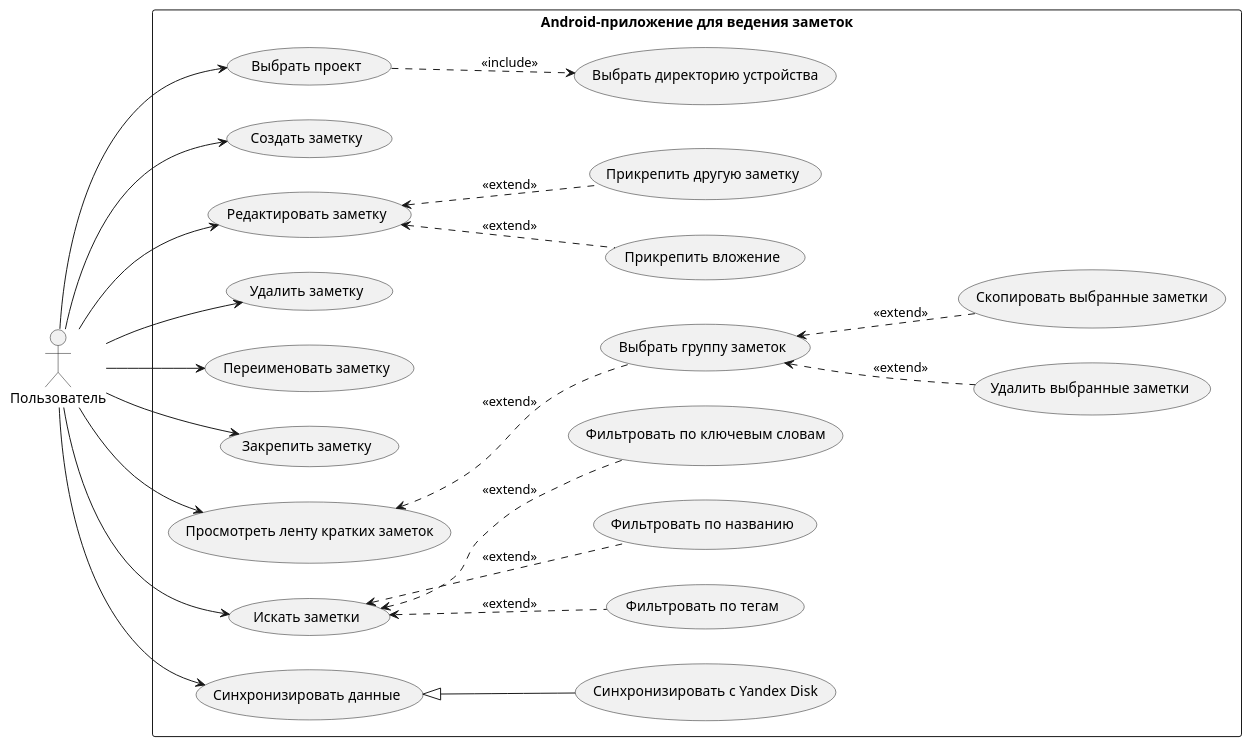
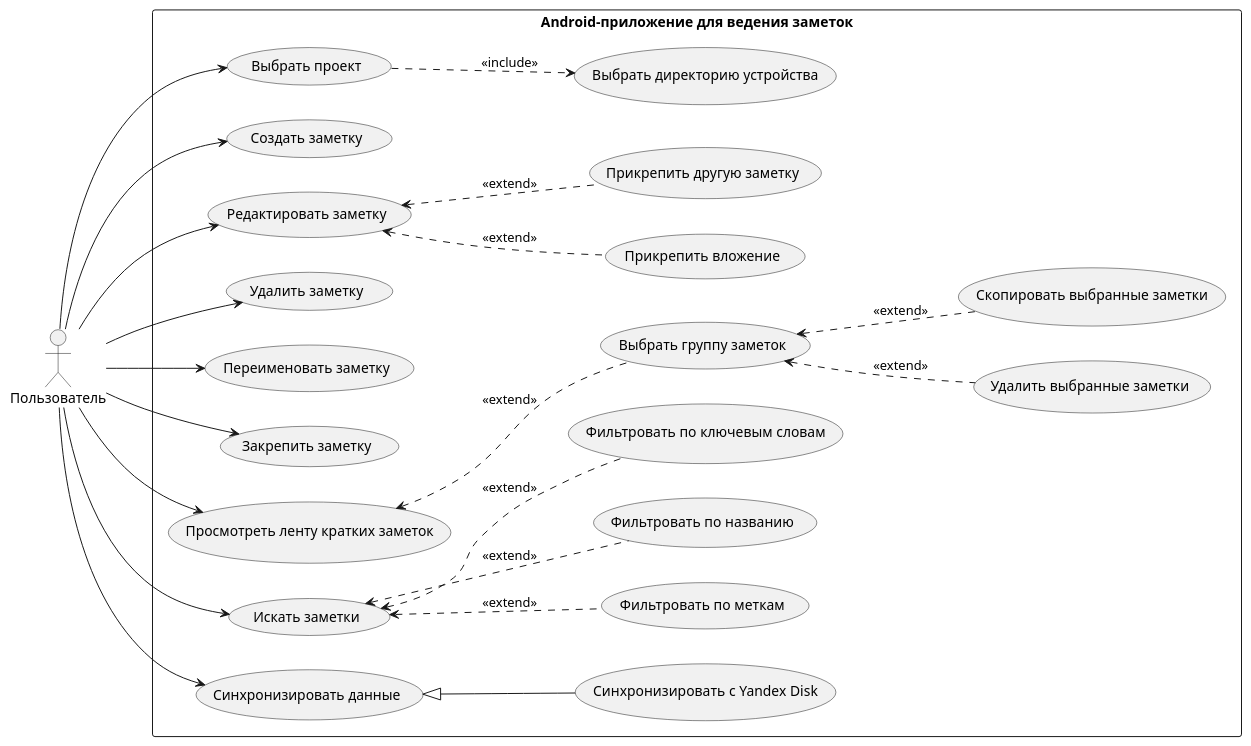
Before and after one commit to mangustc/markdown-editor: the diagram in plantuml/usecase-diagram.puml, drawn with PlantUML.

Commit message:
fix diagram name

```diff
--- a/plantuml/usecase-diagram.puml
+++ b/plantuml/usecase-diagram.puml
@@ -1,56 +1,56 @@
 @startuml
 left to right direction
 
 actor "Пользователь" as User
 
 rectangle "Android-приложение для ведения заметок" {
     (Выбрать проект) as selectProject
     (Выбрать директорию устройства) as storeProject
 
     (Создать заметку) as createNote
     (Редактировать заметку) as editNote
     (Прикрепить вложение) as editNoteAttachment
     (Прикрепить другую заметку) as editNoteAttachNote
     (Удалить заметку) as deleteNote
     (Переименовать заметку) as renameNote
     (Закрепить заметку) as pinNote
 
     (Просмотреть ленту кратких заметок) as viewQuickFeed
     (Выбрать группу заметок) as bulkSelect
     (Удалить выбранные заметки) as bulkActionDelete
     (Скопировать выбранные заметки) as bulkActionCopy
 
     (Искать заметки) as searchNotes
-    (Фильтровать по тегам) as searchTags
+    (Фильтровать по меткам) as searchTags
     (Фильтровать по названию) as searchName
     (Фильтровать по ключевым словам) as searchKeyword
 
     (Синхронизировать данные) as syncData
     (Синхронизировать с Yandex Disk) as yandexSync
 }
 
 User --> selectProject
 selectProject ..> storeProject : <<include>>
 
 User --> createNote
 User --> editNote
 User --> deleteNote
 User --> renameNote
 User --> pinNote
 
 editNote <.. editNoteAttachment : <<extend>>
 editNote <.. editNoteAttachNote : <<extend>>
 
 User --> viewQuickFeed
 viewQuickFeed <.. bulkSelect : <<extend>>
 bulkSelect <.. bulkActionDelete : <<extend>>
 bulkSelect <.. bulkActionCopy : <<extend>>
 
 User --> searchNotes
 searchNotes <.. searchTags : <<extend>>
 searchNotes <.. searchName : <<extend>>
 searchNotes <.. searchKeyword : <<extend>>
 
 User --> syncData
 syncData <|-- yandexSync
 @enduml
```
